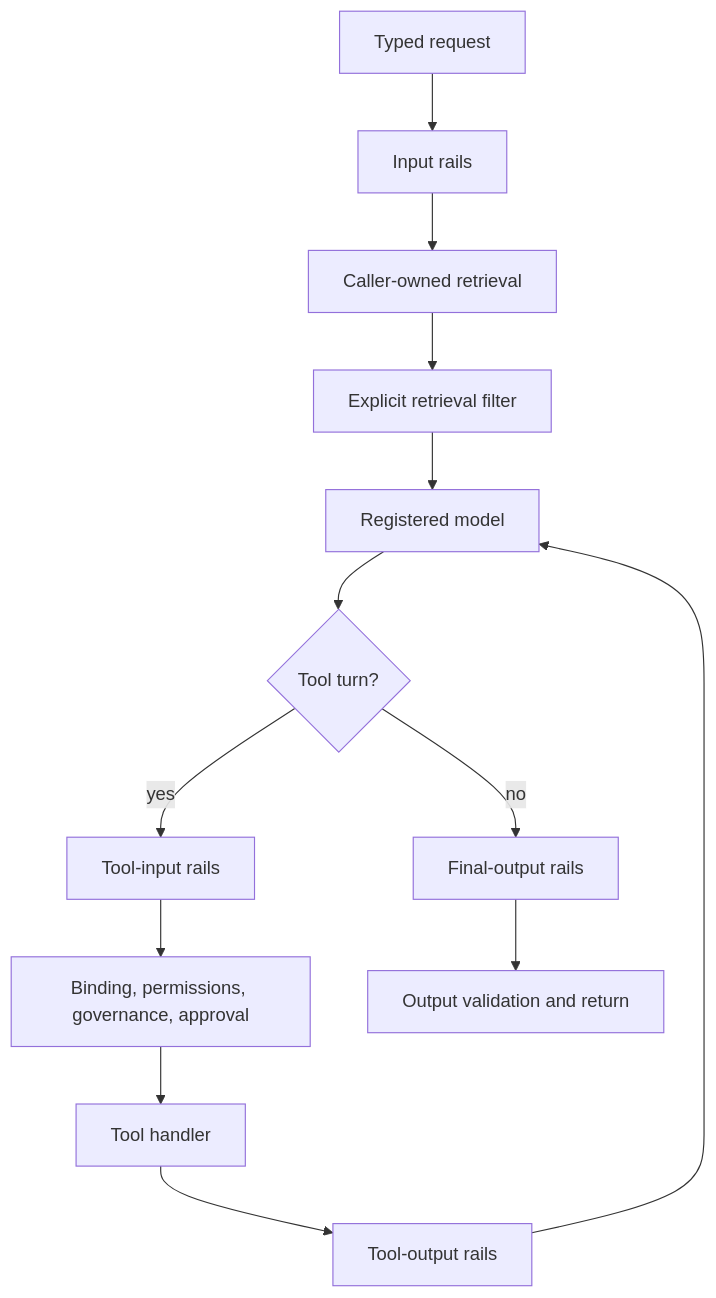
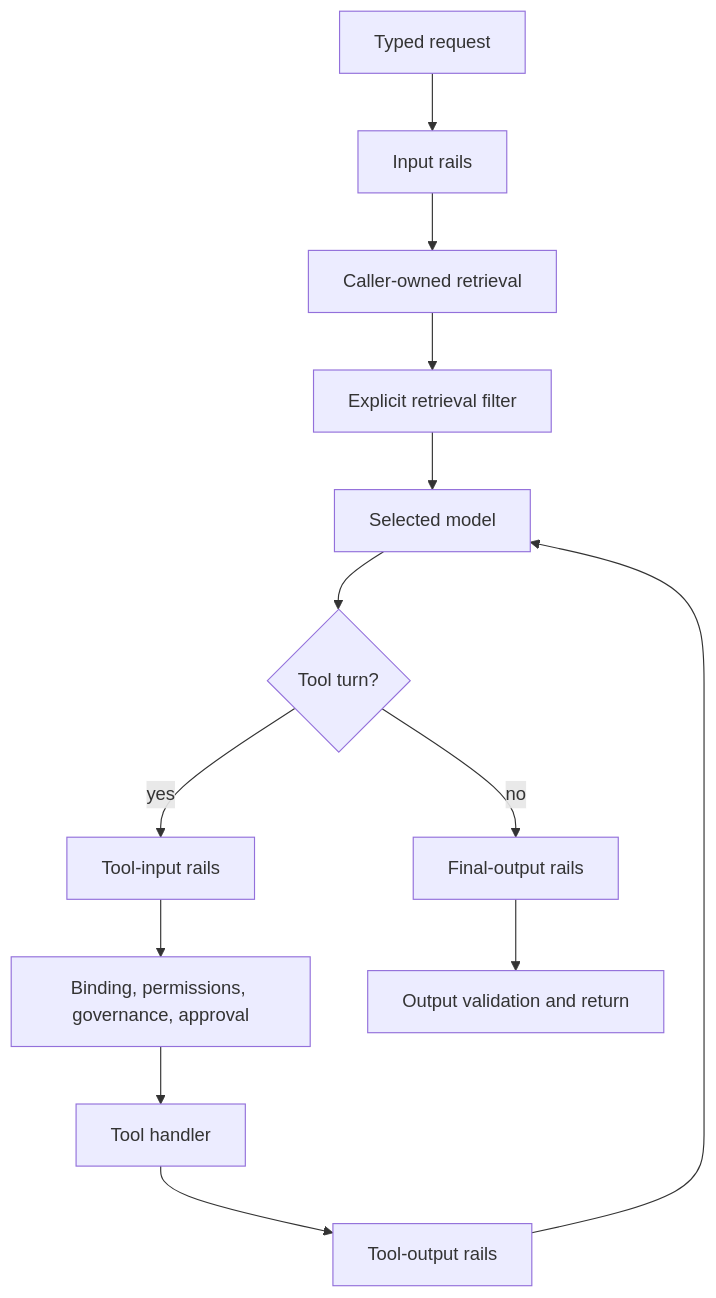
The diagram in docs/guides/guardrails.md (puristajs/harness), drawn with Mermaid before and after one commit. The commit also changed other lines of this file and 69 other files, not shown here.

````diff
--- a/docs/guides/guardrails.md
+++ b/docs/guides/guardrails.md
@@ -13,15 +13,15 @@
 ```mermaid
 flowchart TD
   request[Typed request] --> input[Input rails]
   input --> retrieval[Caller-owned retrieval]
   retrieval --> filter[Explicit retrieval filter]
-  filter --> model[Registered model]
+  filter --> model[Selected model]
   model --> tool{Tool turn?}
   tool -- yes --> toolInput[Tool-input rails]
   toolInput --> authority[Binding, permissions, governance, approval]
   authority --> sideEffect[Tool handler]
   sideEffect --> toolOutput[Tool-output rails]
   toolOutput --> model
   tool -- no --> output[Final-output rails]
   output --> result[Output validation and return]
 ```
````
